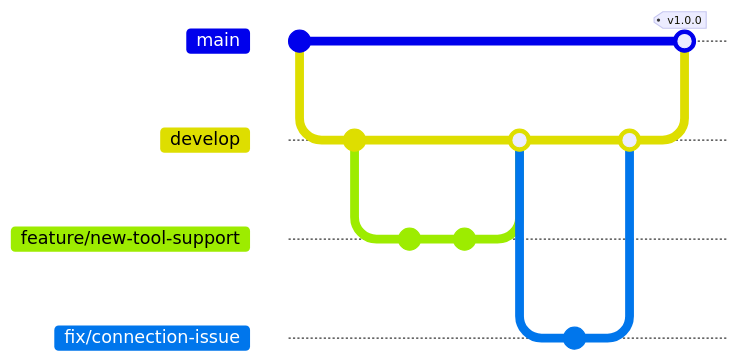
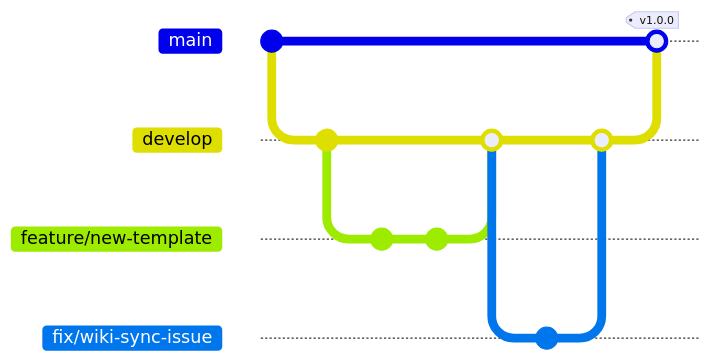
The first of 2 diagrams in docs/CONTRIBUTING.md (NewAITees/FableMaze), drawn with Mermaid before and after one commit. The commit also changed other lines of this file and 6 other files, not shown here. Commit ids are hidden.

````diff
--- a/docs/CONTRIBUTING.md
+++ b/docs/CONTRIBUTING.md
@@ -41,20 +41,20 @@
 ```mermaid
 gitGraph
     commit
     branch develop
     checkout develop
     commit
-    branch feature/new-tool-support
-    checkout feature/new-tool-support
+    branch feature/new-template
+    checkout feature/new-template
     commit
     commit
     checkout develop
-    merge feature/new-tool-support
-    branch fix/connection-issue
-    checkout fix/connection-issue
+    merge feature/new-template
+    branch fix/wiki-sync-issue
+    checkout fix/wiki-sync-issue
     commit
     checkout develop
-    merge fix/connection-issue
+    merge fix/wiki-sync-issue
     checkout main
     merge develop tag: "v1.0.0"
 ```
````
